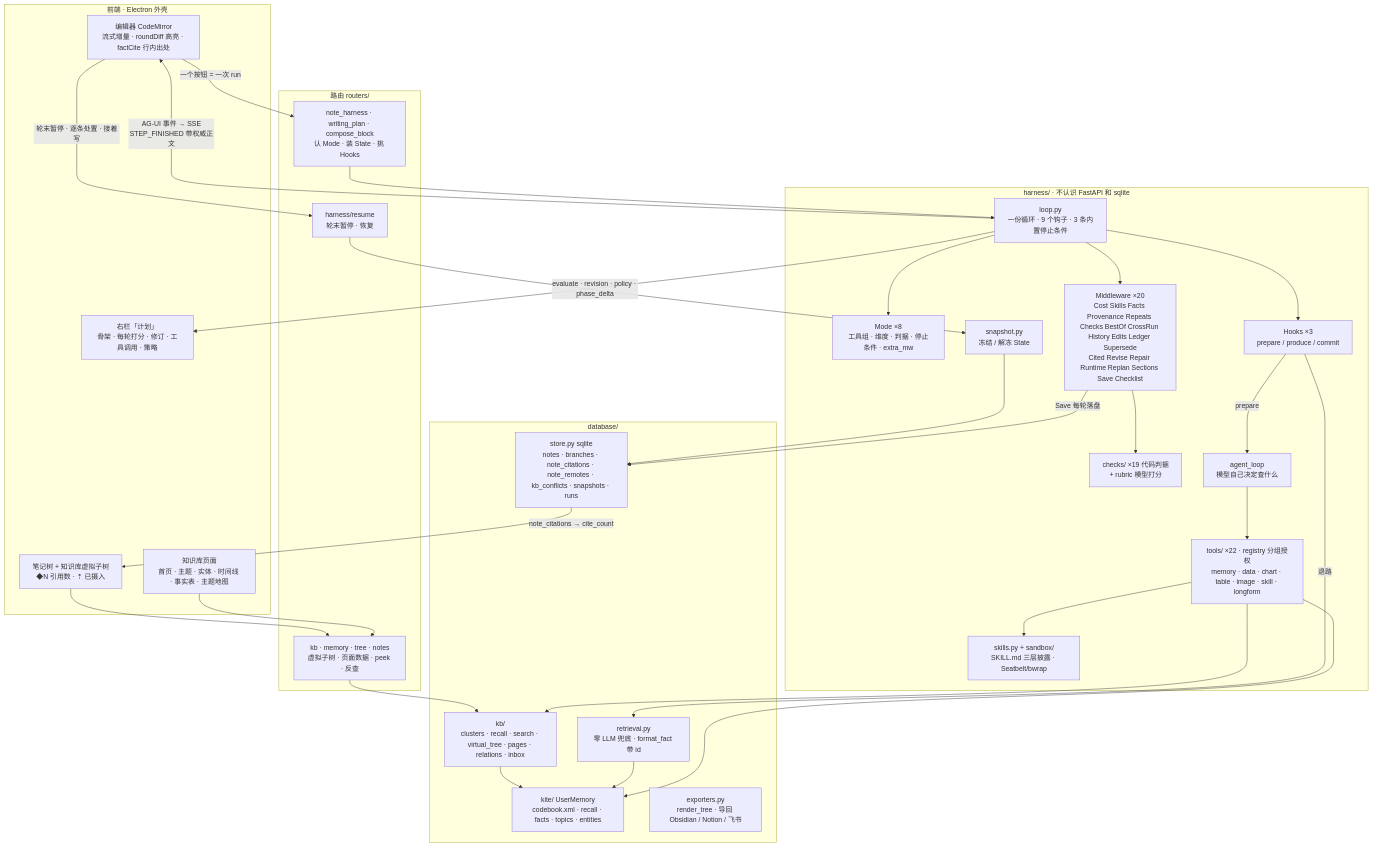
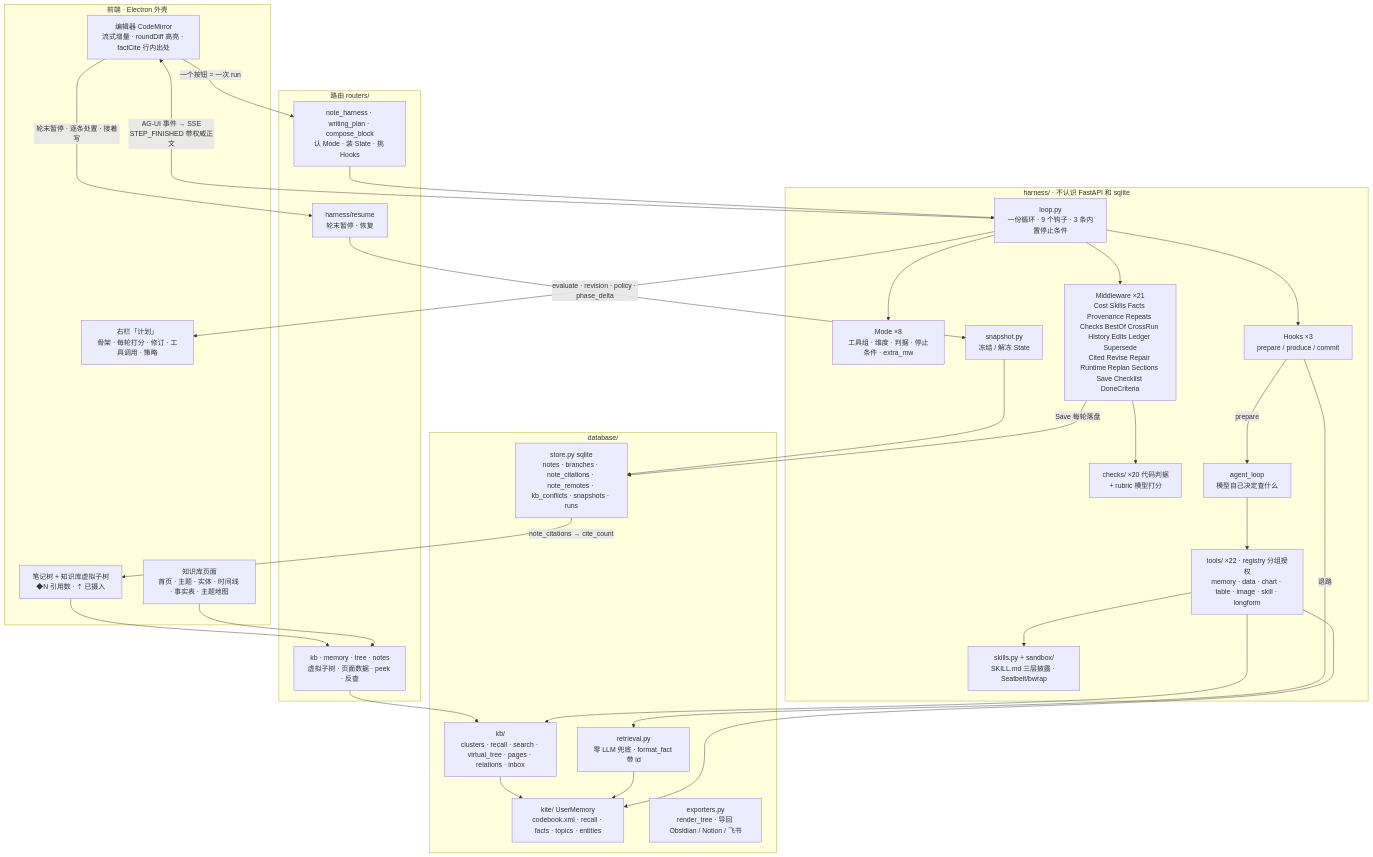
One commit to huilongbaba/MEMOKET_NOTE changed the diagram in docs/harness-framework.md. Above: the diagram before and after it, drawn with Mermaid. The commit also changed other lines of this file and 31 other files, not shown here.

````diff
--- a/docs/harness-framework.md
+++ b/docs/harness-framework.md
@@ -41,60 +41,60 @@
 ```mermaid
 flowchart TB
   subgraph UI["前端 · Electron 外壳"]
     ED["编辑器 CodeMirror<br/>流式增量 · roundDiff 高亮 · factCite 行内出处"]
     PLAN["右栏「计划」<br/>骨架 · 每轮打分 · 修订 · 工具调用 · 策略"]
     TREE["笔记树 + 知识库虚拟子树<br/>◆N 引用数 · ⇡ 已摄入"]
     KBP["知识库页面<br/>首页 · 主题 · 实体 · 时间线 · 事实表 · 主题地图"]
   end
 
   subgraph API["路由 routers/"]
     NH["note_harness · writing_plan · compose_block<br/>认 Mode · 装 State · 挑 Hooks"]
     RS["harness/resume<br/>轮末暂停 · 恢复"]
     KBR["kb · memory · tree · notes<br/>虚拟子树 · 页面数据 · peek · 反查"]
   end
 
   subgraph H["harness/ · 不认识 FastAPI 和 sqlite"]
     LOOP["loop.py<br/>一份循环 · 9 个钩子 · 3 条内置停止条件"]
     MODE["Mode ×8<br/>工具组 · 维度 · 判据 · 停止条件 · extra_mw"]
     HOOKS["Hooks ×3<br/>prepare / produce / commit"]
-    MW["Middleware ×20<br/>Cost Skills Facts Provenance Repeats Checks BestOf CrossRun History Edits Ledger Supersede<br/>Cited Revise Repair Runtime Replan Sections Save Checklist"]
-    CHK["checks/ ×19 代码判据<br/>+ rubric 模型打分"]
+    MW["Middleware ×21<br/>Cost Skills Facts Provenance Repeats Checks BestOf CrossRun History Edits Ledger Supersede<br/>Cited Revise Repair Runtime Replan Sections Save Checklist DoneCriteria"]
+    CHK["checks/ ×20 代码判据<br/>+ rubric 模型打分"]
     TOOLS["tools/ ×22 · registry 分组授权<br/>memory · data · chart · table · image · skill · longform"]
     AL["agent_loop<br/>模型自己决定查什么"]
     SK["skills.py + sandbox/<br/>SKILL.md 三层披露 · Seatbelt/bwrap"]
     SNAP["snapshot.py<br/>冻结 / 解冻 State"]
   end
 
   subgraph DB["database/"]
     STORE["store.py sqlite<br/>notes · branches · note_citations · note_remotes · kb_conflicts · snapshots · runs"]
     KITE["kite/ UserMemory<br/>codebook.xml · recall · facts · topics · entities"]
     KB["kb/<br/>clusters · recall · search · virtual_tree · pages · relations · inbox"]
     EXP["exporters.py<br/>render_tree · 导回 Obsidian / Notion / 飞书"]
     RET["retrieval.py<br/>零 LLM 兜底 · format_fact 带 id"]
   end
 
   ED -- "一个按钮 = 一次 run" --> NH
   NH --> LOOP
   LOOP --> MODE
   LOOP --> HOOKS
   LOOP --> MW
   MW --> CHK
   HOOKS -- prepare --> AL
   AL --> TOOLS
   TOOLS --> KITE
   TOOLS --> KB
   TOOLS --> SK
   HOOKS -- 退路 --> RET
   RET --> KITE
   MW -- Save 每轮落盘 --> STORE
   SNAP --> STORE
   RS --> SNAP
   LOOP -- "AG-UI 事件 → SSE<br/>STEP_FINISHED 带权威正文" --> ED
   LOOP -- "evaluate · revision · policy · phase_delta" --> PLAN
   STORE -- "note_citations → cite_count" --> TREE
   KBR --> KB
   KB --> KITE
   KBP --> KBR
   TREE --> KBR
   ED -- "轮末暂停 · 逐条处置 · 接着写" --> RS
 ```
````
